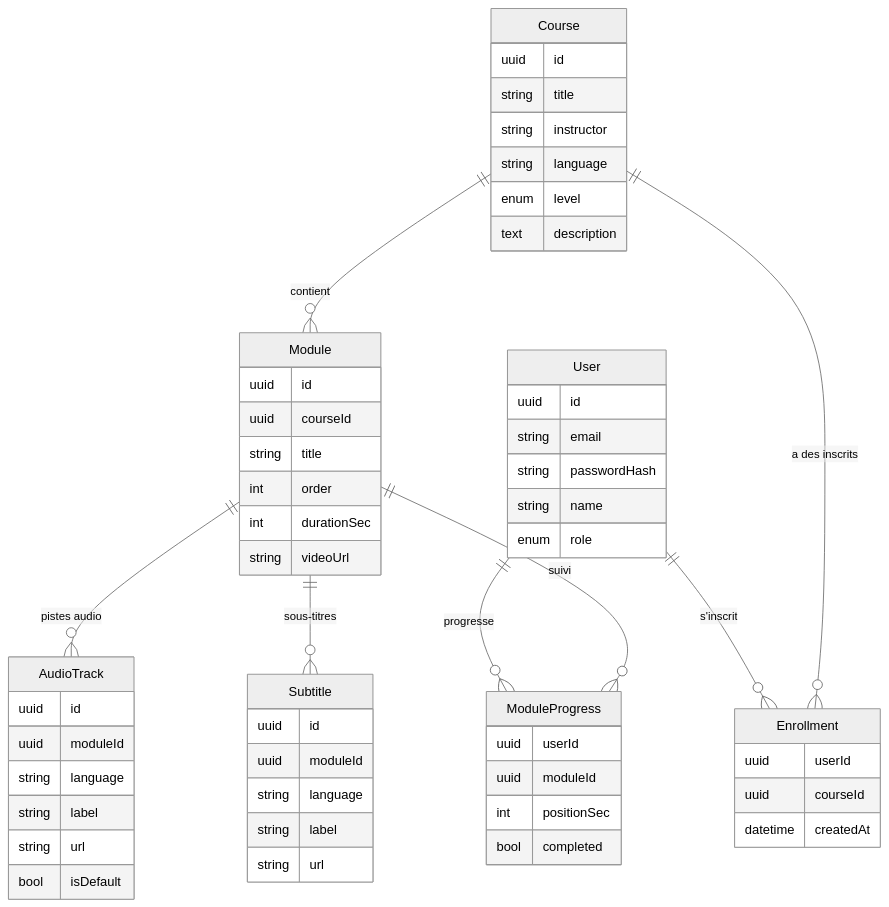
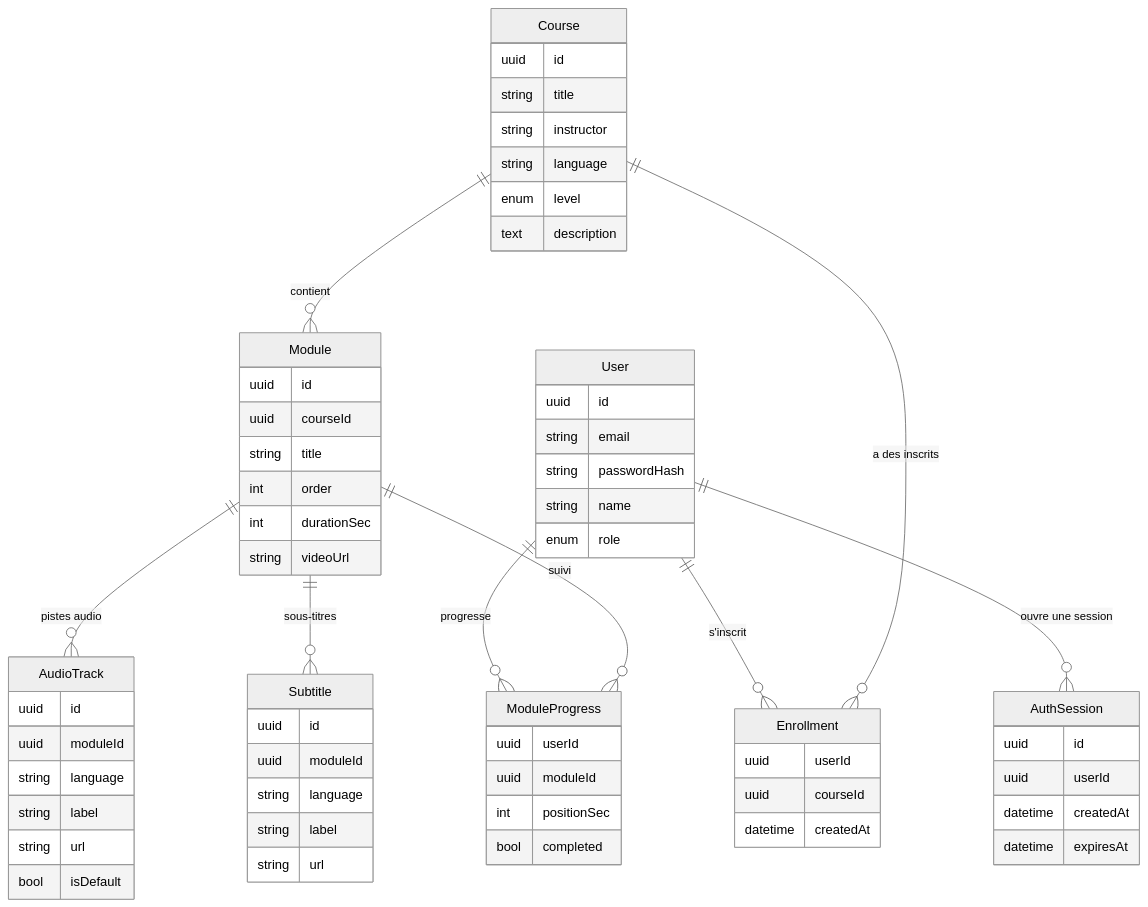
One commit to EdmondDossa/elearning changed the diagram in docs/02-conception.md. Above: the diagram before and after it, drawn with Mermaid (neutral theme). The commit also changed other lines of this file and 33 other files, not shown here.

````diff
--- a/docs/02-conception.md
+++ b/docs/02-conception.md
@@ -5,18 +5,20 @@
 ```mermaid
 erDiagram
+    User ||--o{ AuthSession : "ouvre une session"
     User ||--o{ Enrollment : "s'inscrit"
     User ||--o{ ModuleProgress : "progresse"
     Course ||--o{ Module : contient
     Course ||--o{ Enrollment : "a des inscrits"
     Module ||--o{ AudioTrack : "pistes audio"
     Module ||--o{ Subtitle : "sous-titres"
     Module ||--o{ ModuleProgress : "suivi"
 
     User { uuid id string email string passwordHash string name enum role }
+    AuthSession { uuid id uuid userId datetime createdAt datetime expiresAt }
     Course { uuid id string title string instructor string language enum level text description }
     Module { uuid id uuid courseId string title int order int durationSec string videoUrl }
     AudioTrack { uuid id uuid moduleId string language string label string url bool isDefault }
     Subtitle { uuid id uuid moduleId string language string label string url }
     Enrollment { uuid userId uuid courseId datetime createdAt }
     ModuleProgress { uuid userId uuid moduleId int positionSec bool completed }
 ```
````
